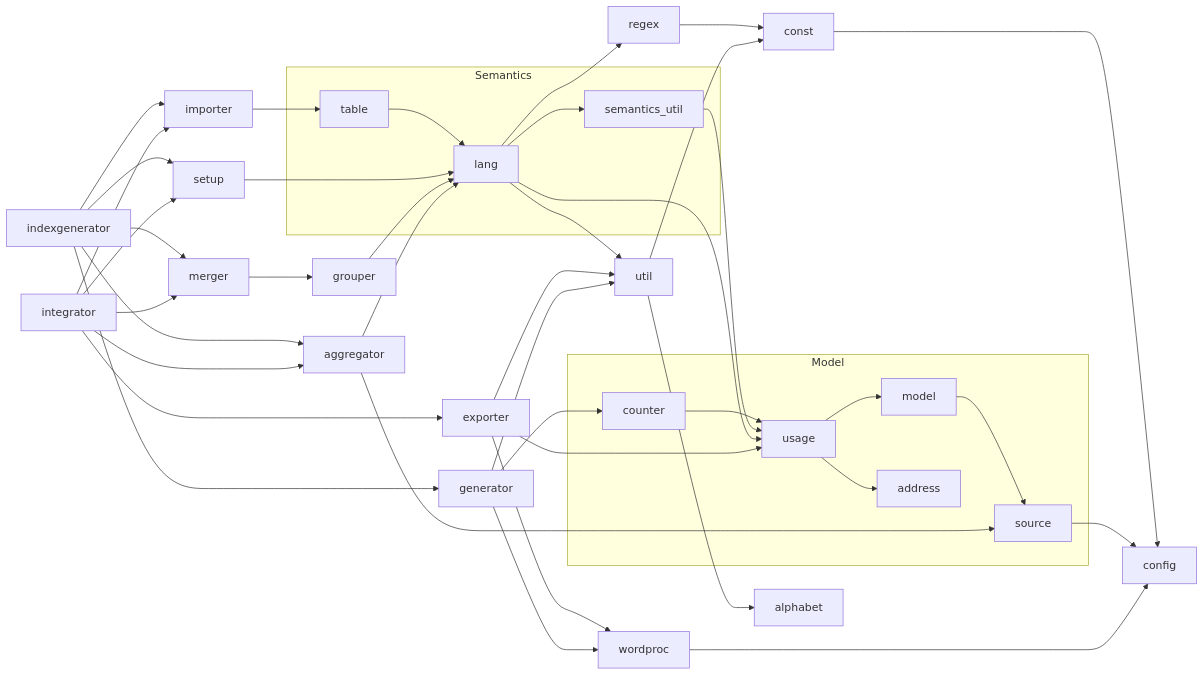
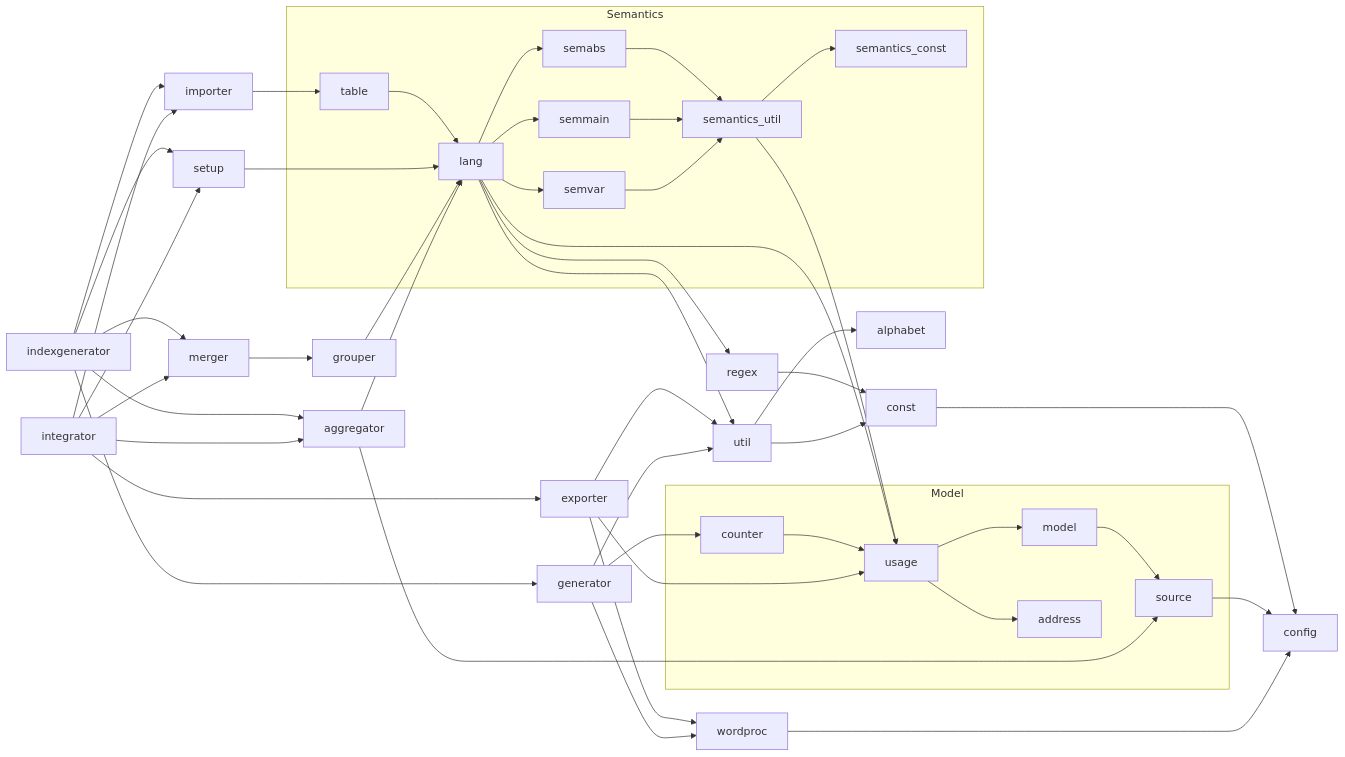
Before and after one commit to mapto/UchitelnoEvangelie: the second of 2 diagrams in integrator/README.md, drawn with Mermaid.

Commit message:
Updated dependency diagram for LangSemantics

````diff
--- a/integrator/README.md
+++ b/integrator/README.md
@@ -30,42 +30,48 @@
 ```mermaid
 graph LR
   const --> config
   regex --> const
   util --> const
   util --> alphabet 
   source --> config
 
   subgraph Model
     model --> source
     usage --> address
     usage --> model
     counter --> usage
   end
   semantics_util --> usage
   lang --> regex
   lang --> util
   lang --> usage
   
   subgraph Semantics
-    lang --> semantics_util
+    semantics_util --> semantics_const
+    semabs --> semantics_util
+    semmain --> semantics_util
+    semvar --> semantics_util
+    lang --> semabs
+    lang --> semmain
+    lang --> semvar
     table --> lang 
   end
   setup --> lang
 
   grouper --> lang
   merger --> grouper
 
   aggregator --> source
   aggregator --> lang
 
   importer --> table
 
   wordproc --> config
   exporter --> usage
 
   exporter & generator --> util & wordproc
   integrator --> exporter
   generator --> counter
   indexgenerator --> generator
   indexgenerator & integrator -->  setup & importer & merger & aggregator
 ```
````
